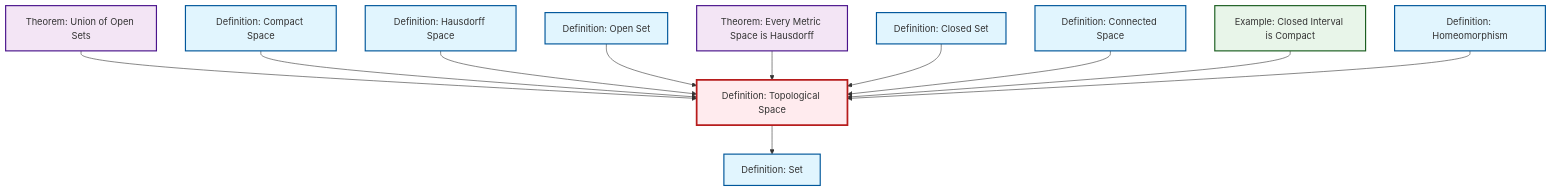
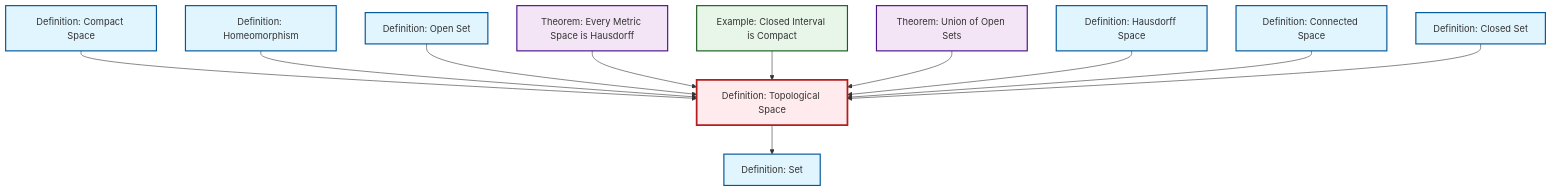
One commit to RK0429/ModernMath changed the diagram in content/ja/topology/def-topological-space.qmd. Above: the diagram before and after it, drawn with Mermaid. The commit also changed other lines of this file and 634 other files, not shown here.

````diff
--- a/content/ja/topology/def-topological-space.qmd
+++ b/content/ja/topology/def-topological-space.qmd
@@ -60,41 +60,41 @@
 ```{mermaid}
 %%| fig-cap: "Local dependency graph"
 graph TD
     classDef definition fill:#e1f5fe,stroke:#01579b,stroke-width:2px
     classDef theorem fill:#f3e5f5,stroke:#4a148c,stroke-width:2px
     classDef axiom fill:#fff3e0,stroke:#e65100,stroke-width:2px
     classDef example fill:#e8f5e9,stroke:#1b5e20,stroke-width:2px
     classDef current fill:#ffebee,stroke:#b71c1c,stroke-width:3px
+    def-homeomorphism["Definition: Homeomorphism"]:::definition
     ex-closed-interval-compact["Example: Closed Interval is Compact"]:::example
+    def-hausdorff["Definition: Hausdorff Space"]:::definition
     def-compact["Definition: Compact Space"]:::definition
+    thm-metric-hausdorff["Theorem: Every Metric Space is Hausdorff"]:::theorem
+    def-topological-space["Definition: Topological Space"]:::definition
+    thm-union-open-sets["Theorem: Union of Open Sets"]:::theorem
+    def-set["Definition: Set"]:::definition
+    def-closed-set["Definition: Closed Set"]:::definition
     def-open-set["Definition: Open Set"]:::definition
-    def-set["Definition: Set"]:::definition
     def-connected["Definition: Connected Space"]:::definition
-    def-topological-space["Definition: Topological Space"]:::definition
-    def-closed-set["Definition: Closed Set"]:::definition
-    thm-union-open-sets["Theorem: Union of Open Sets"]:::theorem
-    def-homeomorphism["Definition: Homeomorphism"]:::definition
-    def-hausdorff["Definition: Hausdorff Space"]:::definition
-    thm-metric-hausdorff["Theorem: Every Metric Space is Hausdorff"]:::theorem
-    thm-union-open-sets --> def-topological-space
     def-topological-space --> def-set
     def-compact --> def-topological-space
-    def-hausdorff --> def-topological-space
+    def-homeomorphism --> def-topological-space
     def-open-set --> def-topological-space
     thm-metric-hausdorff --> def-topological-space
+    ex-closed-interval-compact --> def-topological-space
+    thm-union-open-sets --> def-topological-space
+    def-hausdorff --> def-topological-space
+    def-connected --> def-topological-space
     def-closed-set --> def-topological-space
-    def-connected --> def-topological-space
-    ex-closed-interval-compact --> def-topological-space
-    def-homeomorphism --> def-topological-space
     class def-topological-space current
+    click def-homeomorphism "def-homeomorphism.html" "Definition: Homeomorphismへ"
     click ex-closed-interval-compact "ex-closed-interval-compact.html" "Example: Closed Interval is Compactへ"
+    click def-hausdorff "def-hausdorff.html" "Definition: Hausdorff Spaceへ"
     click def-compact "def-compact.html" "Definition: Compact Spaceへ"
+    click thm-metric-hausdorff "thm-metric-hausdorff.html" "Theorem: Every Metric Space is Hausdorffへ"
+    click thm-union-open-sets "thm-union-open-sets.html" "Theorem: Union of Open Setsへ"
+    click def-set "def-set.html" "Definition: Setへ"
+    click def-closed-set "def-closed-set.html" "Definition: Closed Setへ"
     click def-open-set "def-open-set.html" "Definition: Open Setへ"
-    click def-set "def-set.html" "Definition: Setへ"
     click def-connected "def-connected.html" "Definition: Connected Spaceへ"
-    click def-closed-set "def-closed-set.html" "Definition: Closed Setへ"
-    click thm-union-open-sets "thm-union-open-sets.html" "Theorem: Union of Open Setsへ"
-    click def-homeomorphism "def-homeomorphism.html" "Definition: Homeomorphismへ"
-    click def-hausdorff "def-hausdorff.html" "Definition: Hausdorff Spaceへ"
-    click thm-metric-hausdorff "thm-metric-hausdorff.html" "Theorem: Every Metric Space is Hausdorffへ"
 ```
````
